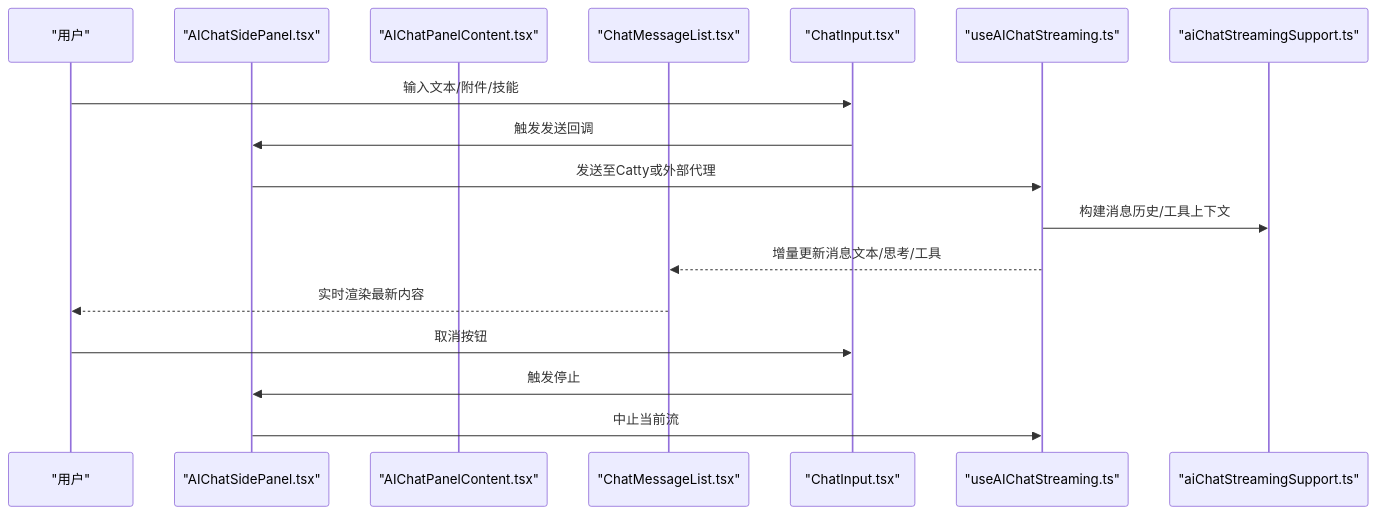
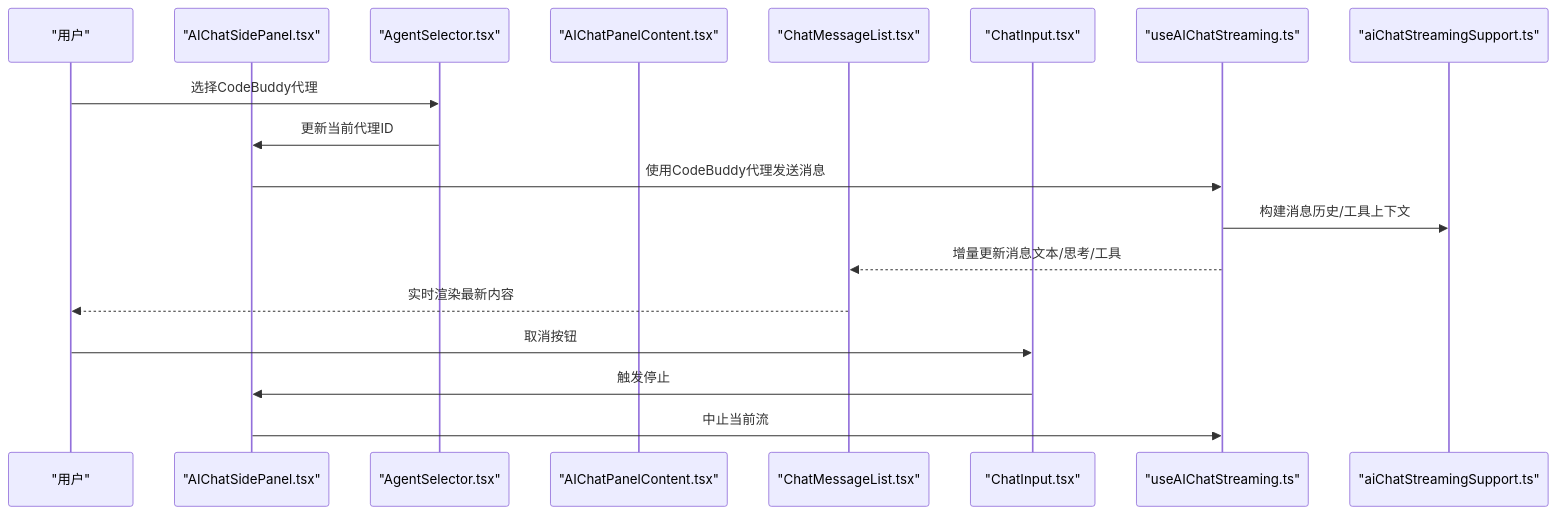
The second of 8 diagrams in .qoder/repowiki/zh/content/用户指南/AI代理集成/AI聊天界面.md (szeiyou/Netcatty), drawn with Mermaid before and after one commit. The commit also changed other lines of this file and 8 other files, not shown here.

````diff
--- a/.qoder/repowiki/zh/content/用户指南/AI代理集成/AI聊天界面.md
+++ b/.qoder/repowiki/zh/content/用户指南/AI代理集成/AI聊天界面.md
@@ -110,19 +135,20 @@
 ```mermaid
 sequenceDiagram
 participant U as "用户"
 participant SP as "AIChatSidePanel.tsx"
+participant AS as "AgentSelector.tsx"
 participant PC as "AIChatPanelContent.tsx"
 participant MSG as "ChatMessageList.tsx"
 participant IN as "ChatInput.tsx"
 participant HOOK as "useAIChatStreaming.ts"
 participant SUP as "aiChatStreamingSupport.ts"
-U->>IN : 输入文本/附件/技能
-IN->>SP : 触发发送回调
-SP->>HOOK : 发送至Catty或外部代理
+U->>AS : 选择CodeBuddy代理
+AS->>SP : 更新当前代理ID
+SP->>HOOK : 使用CodeBuddy代理发送消息
 HOOK->>SUP : 构建消息历史/工具上下文
 HOOK-->>MSG : 增量更新消息文本/思考/工具
 MSG-->>U : 实时渲染最新内容
 U->>IN : 取消按钮
 IN->>SP : 触发停止
 SP->>HOOK : 中止当前流
 ```
````
